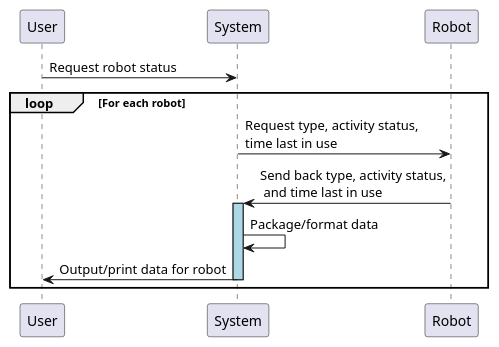
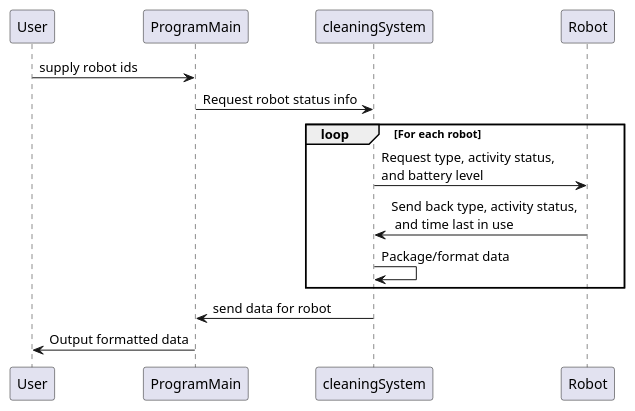
Before and after one commit to arisk02/robot-fleet-management-system: the diagram in docs/design/sequence_diagrams/robot_status_query.puml, drawn with PlantUML.

Commit message:
updated robot status query to final form

```diff
--- a/docs/design/sequence_diagrams/robot_status_query.puml
+++ b/docs/design/sequence_diagrams/robot_status_query.puml
@@ -1,11 +1,12 @@
 @startuml
-User -> System : Request robot status
+User -> ProgramMain : supply robot ids
+ProgramMain -> cleaningSystem : Request robot status info
 loop For each robot
-System -> Robot : Request type, activity status, \ntime last in use
-Robot -> System : Send back type, activity status, \n and time last in use
-activate System #LightBlue
-System -> System : Package/format data
-System -> User : Output/print data for robot
-deactivate
+cleaningSystem -> Robot : Request type, activity status, \nand battery level
+Robot -> cleaningSystem : Send back type, activity status, \n and time last in use
+cleaningSystem -> cleaningSystem : Package/format data
 end 
+cleaningSystem -> ProgramMain : send data for robot
+ProgramMain -> User : Output formatted data 
+
 @enduml
```
